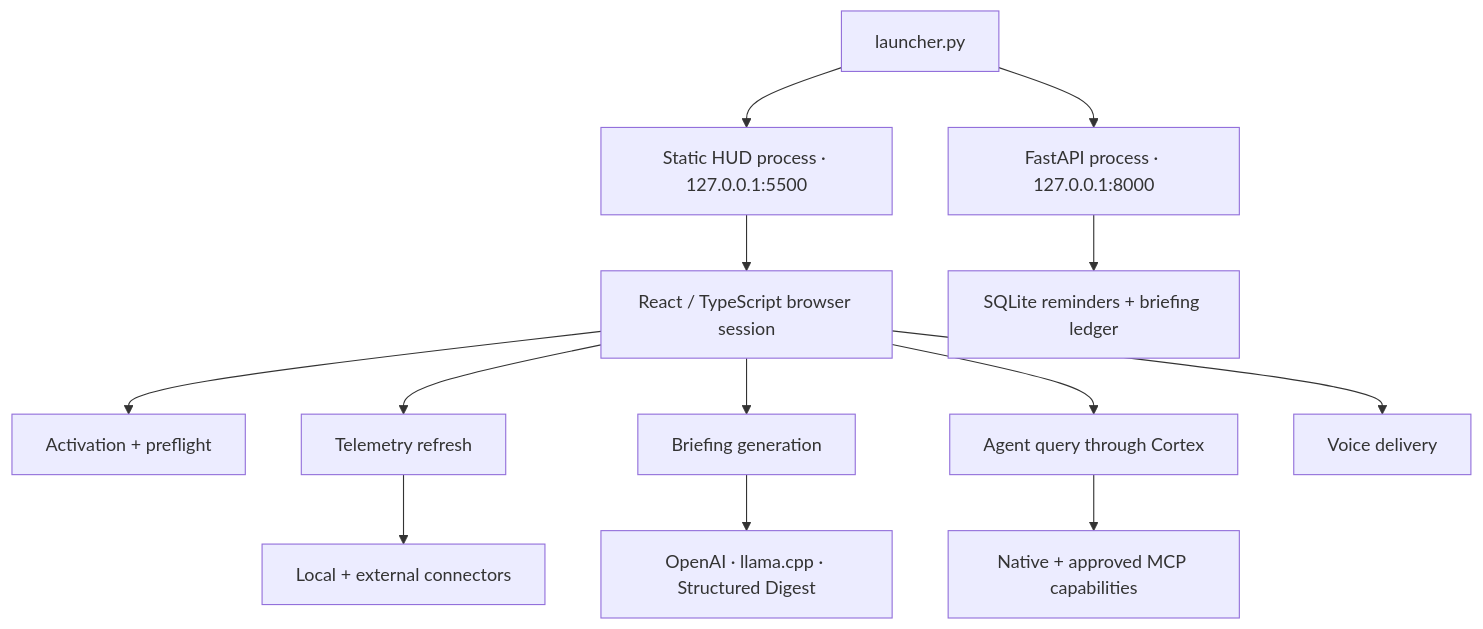
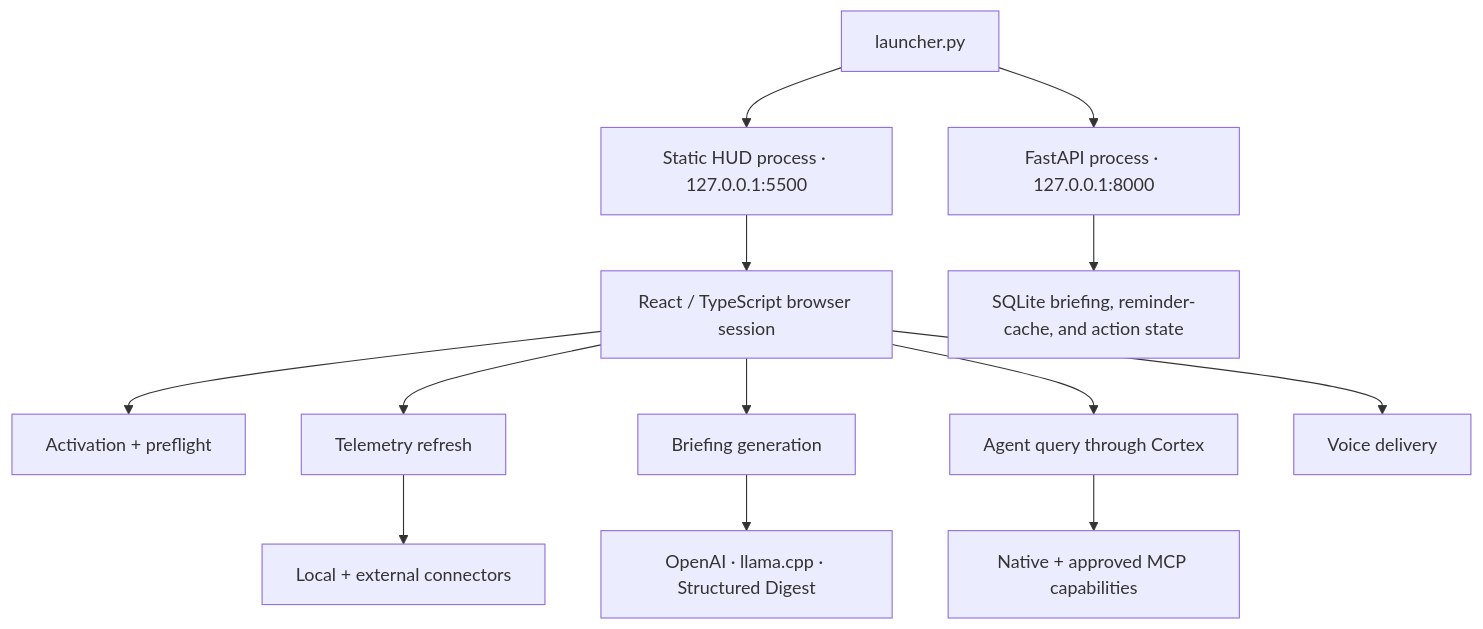
The first of 3 diagrams in docs/architecture.md (edumarcano/APEX), drawn with Mermaid before and after one commit. The commit also changed other lines of this file and 26 other files, not shown here.

````diff
--- a/docs/architecture.md
+++ b/docs/architecture.md
@@ -24,17 +23,17 @@
 ```mermaid
 flowchart TB
     Launcher["launcher.py"] --> API["FastAPI process · 127.0.0.1:8000"]
     Launcher --> Static["Static HUD process · 127.0.0.1:5500"]
     Static --> Browser["React / TypeScript browser session"]
 
     Browser --> Activation["Activation + preflight"]
     Browser --> Telemetry["Telemetry refresh"]
     Browser --> Briefing["Briefing generation"]
     Browser --> Cortex["Agent query through Cortex"]
     Browser --> Voice["Voice delivery"]
 
     Telemetry --> Connectors["Local + external connectors"]
     Briefing --> Models["OpenAI · llama.cpp · Structured Digest"]
     Cortex --> Capabilities["Native + approved MCP capabilities"]
-    API --> SQLite["SQLite reminders + briefing ledger"]
+    API --> SQLite["SQLite briefing, reminder-cache, and action state"]
 ```
````
